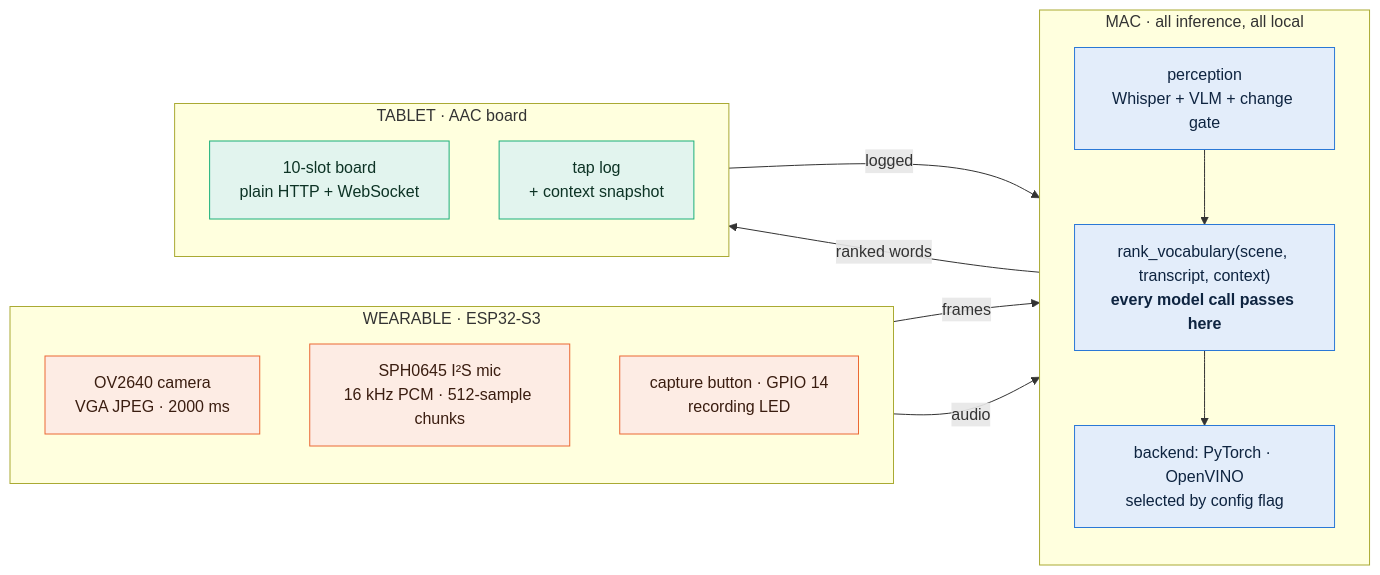
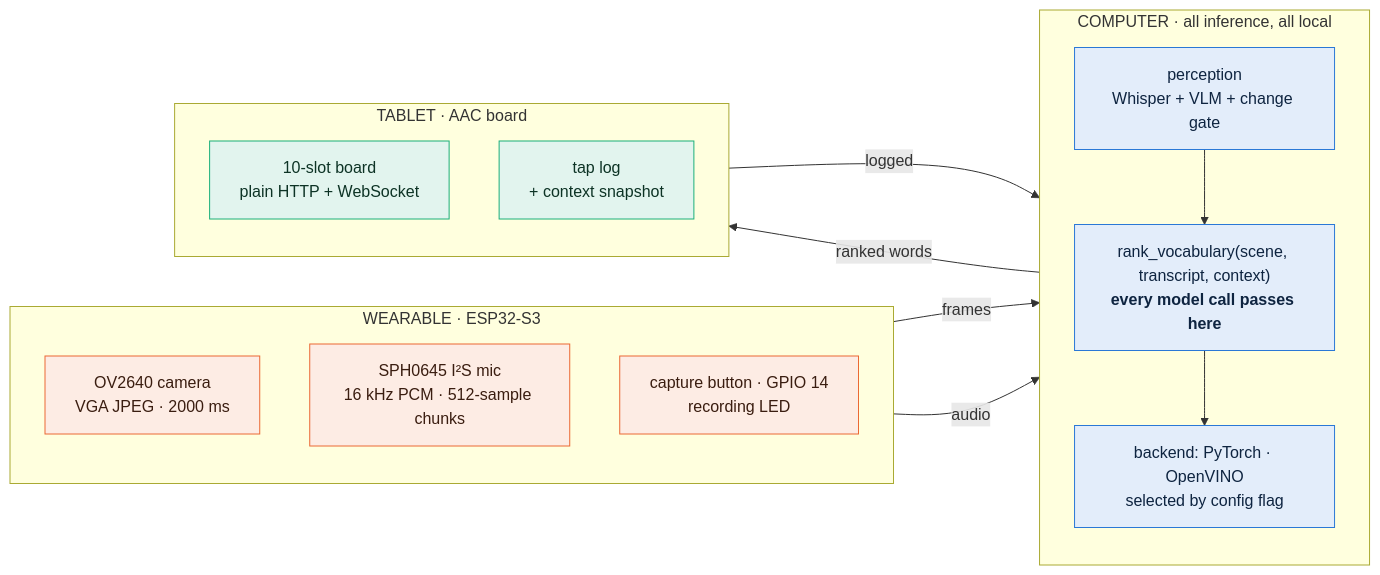
The first of 3 diagrams in README.md (tanayvin1216/Revoce), drawn with Mermaid before and after one commit. The commit also changed other lines of this file, not shown here.

````diff
--- a/README.md
+++ b/README.md
@@ -54,35 +115,35 @@
 ```mermaid
 flowchart LR
     subgraph W["WEARABLE · ESP32-S3"]
         direction TB
         CAM["OV2640 camera<br/>VGA JPEG · 2000 ms"]
         MIC["SPH0645 I²S mic<br/>16 kHz PCM · 512-sample chunks"]
         BTN["capture button · GPIO 14<br/>recording LED"]
     end
 
-    subgraph M["MAC · all inference, all local"]
+    subgraph M["COMPUTER · all inference, all local"]
         direction TB
         PERC["perception<br/>Whisper + VLM + change gate"]
         SEAM["rank_vocabulary(scene, transcript, context)<br/><b>every model call passes here</b>"]
         BACK["backend: PyTorch · OpenVINO<br/>selected by config flag"]
         PERC --> SEAM --> BACK
     end
 
     subgraph T["TABLET · AAC board"]
         direction TB
         UI["10-slot board<br/>plain HTTP + WebSocket"]
         TAP["tap log<br/>+ context snapshot"]
     end
 
     CAM -- "frames" --> PERC
     MIC -- "audio" --> PERC
     BACK -- "ranked words" --> UI
     TAP -- "logged" --> M
 
     classDef wear fill:#fdece4,stroke:#eb6834,color:#3a1d10
     classDef mac fill:#e3edfa,stroke:#2a78d6,color:#0e2440
     classDef tab fill:#e2f4ee,stroke:#1baf7a,color:#0d3325
     class CAM,MIC,BTN wear
     class PERC,SEAM,BACK mac
     class UI,TAP tab
 ```
````
